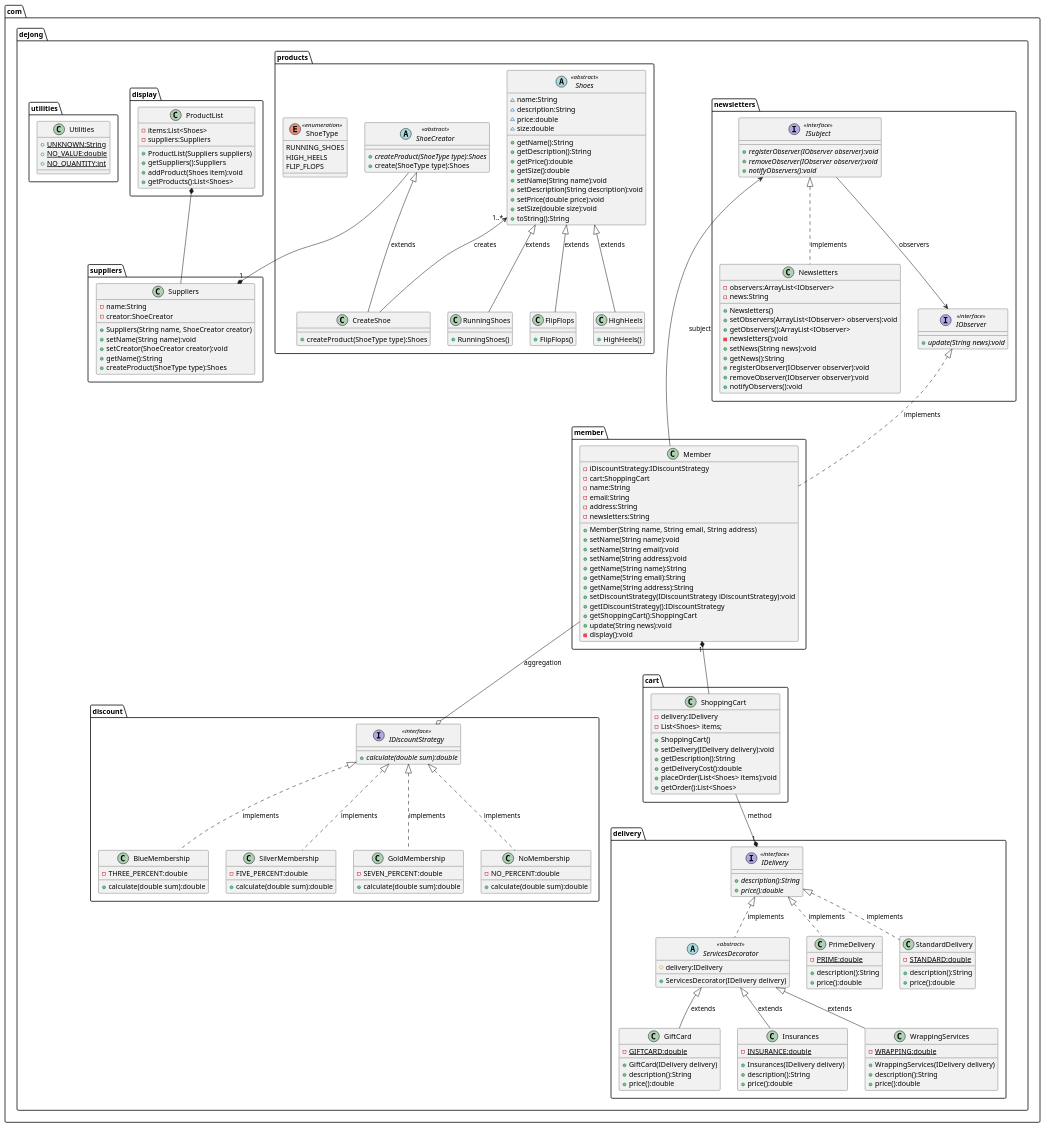
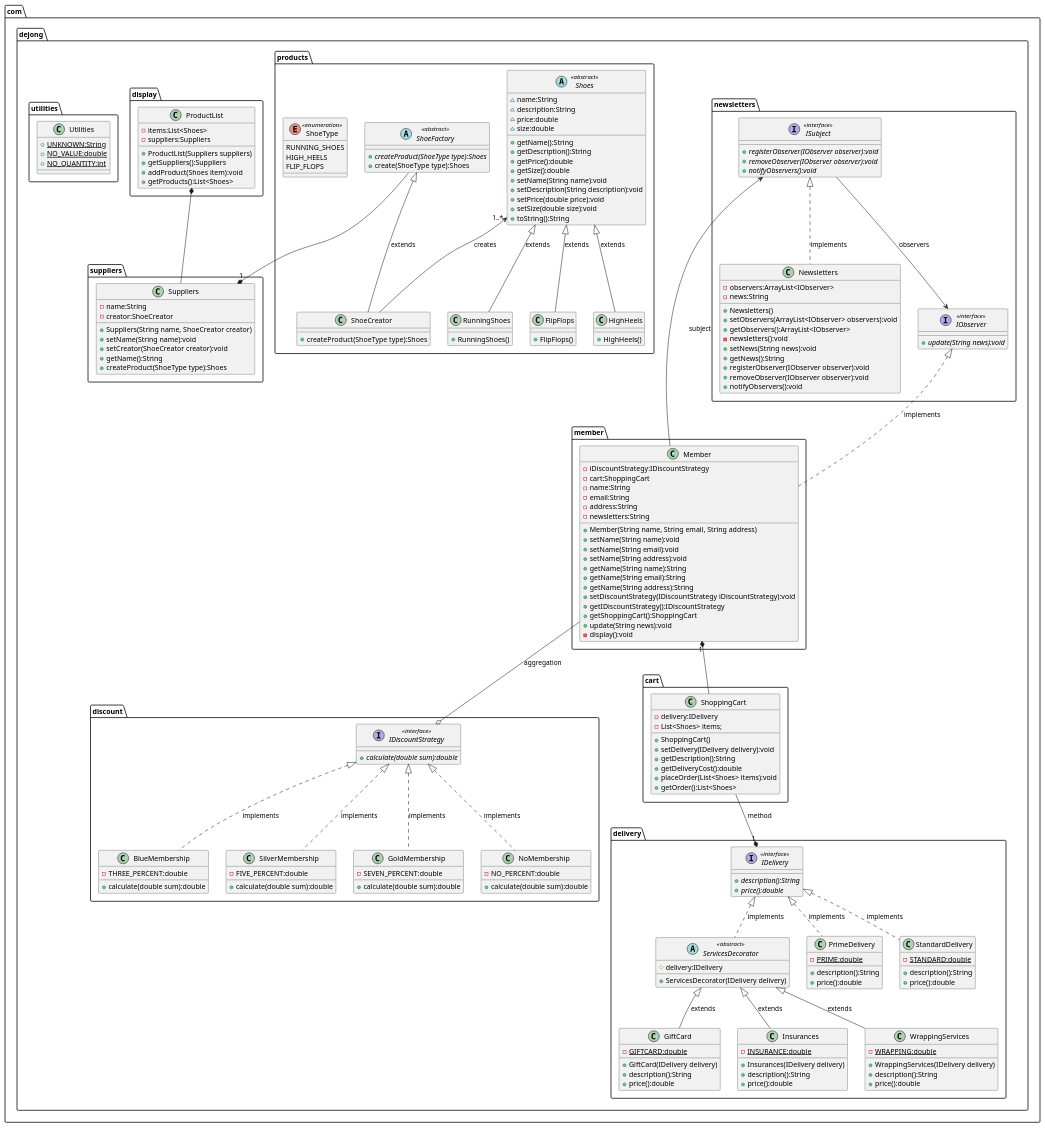
One commit to dejongyeong/design-patterns changed the diagram in online-shopping/online-shopping.puml. Above: the diagram before and after it, drawn with PlantUML. The commit also changed 9 other files, not shown here.

```diff
--- a/online-shopping/online-shopping.puml
+++ b/online-shopping/online-shopping.puml
@@ -1,197 +1,197 @@
 @startuml
 
 'Concrete Class
 class com.dejong.discount.BlueMembership {
     - THREE_PERCENT:double
     + calculate(double sum):double
 }
 class com.dejong.discount.SilverMembership {
     - FIVE_PERCENT:double
     + calculate(double sum):double
 }
 class com.dejong.discount.GoldMembership {
     - SEVEN_PERCENT:double
     + calculate(double sum):double
 }
 class com.dejong.discount.NoMembership {
     - NO_PERCENT:double
     + calculate(double sum):double
 }
 class com.dejong.member.Member {
     - iDiscountStrategy:IDiscountStrategy
     - cart:ShoppingCart
     - name:String
     - email:String
     - address:String
     - newsletters:String
     + Member(String name, String email, String address)
     + setName(String name):void
     + setName(String email):void
     + setName(String address):void
     + getName(String name):String
     + getName(String email):String
     + getName(String address):String
     + setDiscountStrategy(IDiscountStrategy iDiscountStrategy):void
     + getIDiscountStrategy():IDiscountStrategy
     + getShoppingCart():ShoppingCart
     + update(String news):void
     - display():void
 }
 class com.dejong.newsletters.Newsletters {
     - observers:ArrayList<IObserver>
     - news:String
     + Newsletters()
     + setObservers(ArrayList<IObserver> observers):void
     + getObservers():ArrayList<IObserver>
     - newsletters():void
     + setNews(String news):void
     + getNews():String
     + registerObserver(IObserver observer):void
     + removeObserver(IObserver observer):void
     + notifyObservers():void
 }
 abstract class com.dejong.delivery.ServicesDecorator << abstract >> {
     # delivery:IDelivery
     + ServicesDecorator(IDelivery delivery)
 }
 class com.dejong.delivery.GiftCard {
     - {static} GIFTCARD:double
     + GiftCard(IDelivery delivery)
     + {method} description():String
     + {method} price():double
 }
 class com.dejong.delivery.Insurances{
     - {static} INSURANCE:double
     + Insurances(IDelivery delivery)
     + {method} description():String
     + {method} price():double
 }
 class com.dejong.delivery.PrimeDelivery {
     - {static} PRIME:double
     + {method} description():String
     + {method} price():double
 }
 class com.dejong.delivery.StandardDelivery {
     - {static} STANDARD:double
     + {method} description():String
     + {method} price():double
 }
 class com.dejong.delivery.WrappingServices {
     - {static} WRAPPING:double
     + WrappingServices(IDelivery delivery)
     + {method} description():String
     + {method} price():double
 }
 class com.dejong.cart.ShoppingCart {
     - delivery:IDelivery
     - List<Shoes> items;
     + ShoppingCart()
     + setDelivery(IDelivery delivery):void
     + getDescription():String
     + getDeliveryCost():double
     + placeOrder(List<Shoes> items):void
     + getOrder():List<Shoes>
 }
 class com.dejong.products.FlipFlops {
     + FlipFlops()
 }
 class com.dejong.products.HighHeels {
     + HighHeels()
 }
 class com.dejong.products.RunningShoes {
     + RunningShoes()
 }
 abstract class com.dejong.products.Shoes << abstract >> {
     ~ name:String
     ~ description:String
     ~ price:double
     ~ size:double
     + getName():String
     + getDescription():String
     + getPrice():double
     + getSize():double
     + setName(String name):void
     + setDescription(String description):void
     + setPrice(double price):void
     + setSize(double size):void
     + toString():String
 }
-abstract class com.dejong.products.ShoeCreator << abstract >> {
+abstract class com.dejong.products.ShoeFactory << abstract >> {
     + {abstract} createProduct(ShoeType type):Shoes
     + create(ShoeType type):Shoes
 }
-class com.dejong.products.CreateShoe {
+class com.dejong.products.ShoeCreator {
     + createProduct(ShoeType type):Shoes
 }
 class com.dejong.suppliers.Suppliers {
     - name:String
     - creator:ShoeCreator
     + Suppliers(String name, ShoeCreator creator)
     + setName(String name):void
     + setCreator(ShoeCreator creator):void
     + getName():String
     + createProduct(ShoeType type):Shoes
 }
 class com.dejong.display.ProductList {
     - items:List<Shoes>
     - suppliers:Suppliers
     + ProductList(Suppliers suppliers)
     + getSuppliers():Suppliers
     + addProduct(Shoes item):void
     + getProducts():List<Shoes>
 }
 enum com.dejong.products.ShoeType << enumeration >> {
     RUNNING_SHOES
     HIGH_HEELS
     FLIP_FLOPS
 }
 class com.dejong.utilities.Utilities {
     + {static} UNKNOWN:String
     + {static} NO_VALUE:double
     + {static} NO_QUANTITY:int
 }
 
 'Interface
 interface com.dejong.discount.IDiscountStrategy << interface >> {
     + {abstract} calculate(double sum):double
 }
 interface com.dejong.newsletters.ISubject << interface >> {
     + {abstract} registerObserver(IObserver observer):void
     + {abstract} removeObserver(IObserver observer):void
     + {abstract} notifyObservers():void
 }
 interface com.dejong.newsletters.IObserver << interface >> {
     + {abstract} update(String news):void
 }
 interface com.dejong.delivery.IDelivery << interface >> {
     + {abstract} description():String
     + {abstract} price():double
 }
 
 'Relationships
 com.dejong.member.Member --o com.dejong.discount.IDiscountStrategy : aggregation
 com.dejong.discount.IDiscountStrategy <|.. com.dejong.discount.BlueMembership : implements
 com.dejong.discount.IDiscountStrategy <|.. com.dejong.discount.SilverMembership : implements
 com.dejong.discount.IDiscountStrategy <|.. com.dejong.discount.GoldMembership : implements
 com.dejong.discount.IDiscountStrategy <|.. com.dejong.discount.NoMembership : implements
 com.dejong.newsletters.IObserver <|.. com.dejong.member.Member : implements
 com.dejong.newsletters.ISubject <|.. com.dejong.newsletters.Newsletters : implements
 com.dejong.newsletters.ISubject --> com.dejong.newsletters.IObserver : observers
 com.dejong.member.Member --> com.dejong.newsletters.ISubject : subject
 com.dejong.member.Member "1" *-- com.dejong.cart.ShoppingCart
 com.dejong.cart.ShoppingCart --* "1" com.dejong.delivery.IDelivery : " method"
 com.dejong.delivery.IDelivery <|.. com.dejong.delivery.PrimeDelivery : implements
 com.dejong.delivery.IDelivery <|.. com.dejong.delivery.StandardDelivery : implements
 com.dejong.delivery.IDelivery <|.. com.dejong.delivery.ServicesDecorator : implements
 com.dejong.delivery.ServicesDecorator <|-- com.dejong.delivery.WrappingServices : extends
 com.dejong.delivery.ServicesDecorator <|-- com.dejong.delivery.GiftCard : extends
 com.dejong.delivery.ServicesDecorator <|-- com.dejong.delivery.Insurances : extends
 com.dejong.products.Shoes <|-- com.dejong.products.FlipFlops : "extends"
 com.dejong.products.Shoes <|-- com.dejong.products.RunningShoes : "extends"
 com.dejong.products.Shoes <|-- com.dejong.products.HighHeels : "extends"
-com.dejong.products.ShoeCreator <|-- com.dejong.products.CreateShoe : "extends"
-com.dejong.products.Shoes "1..*" <-- com.dejong.products.CreateShoe : "creates"
-com.dejong.products.ShoeCreator --* "1" com.dejong.suppliers.Suppliers
+com.dejong.products.ShoeFactory <|-- com.dejong.products.ShoeCreator : "extends"
+com.dejong.products.Shoes "1..*" <-- com.dejong.products.ShoeCreator : "creates"
+com.dejong.products.ShoeFactory --* "1" com.dejong.suppliers.Suppliers
 com.dejong.display.ProductList *-- com.dejong.suppliers.Suppliers
 
 @enduml
```
